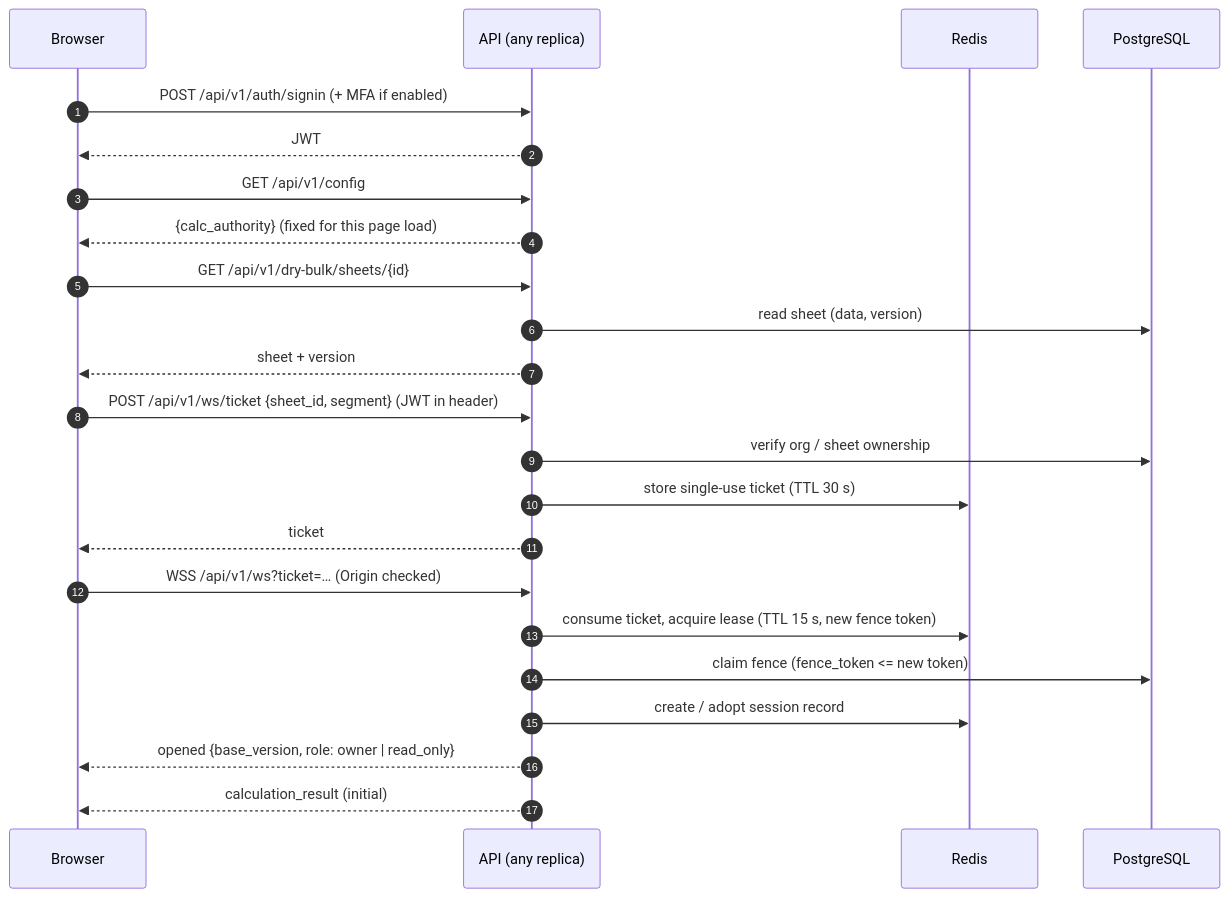
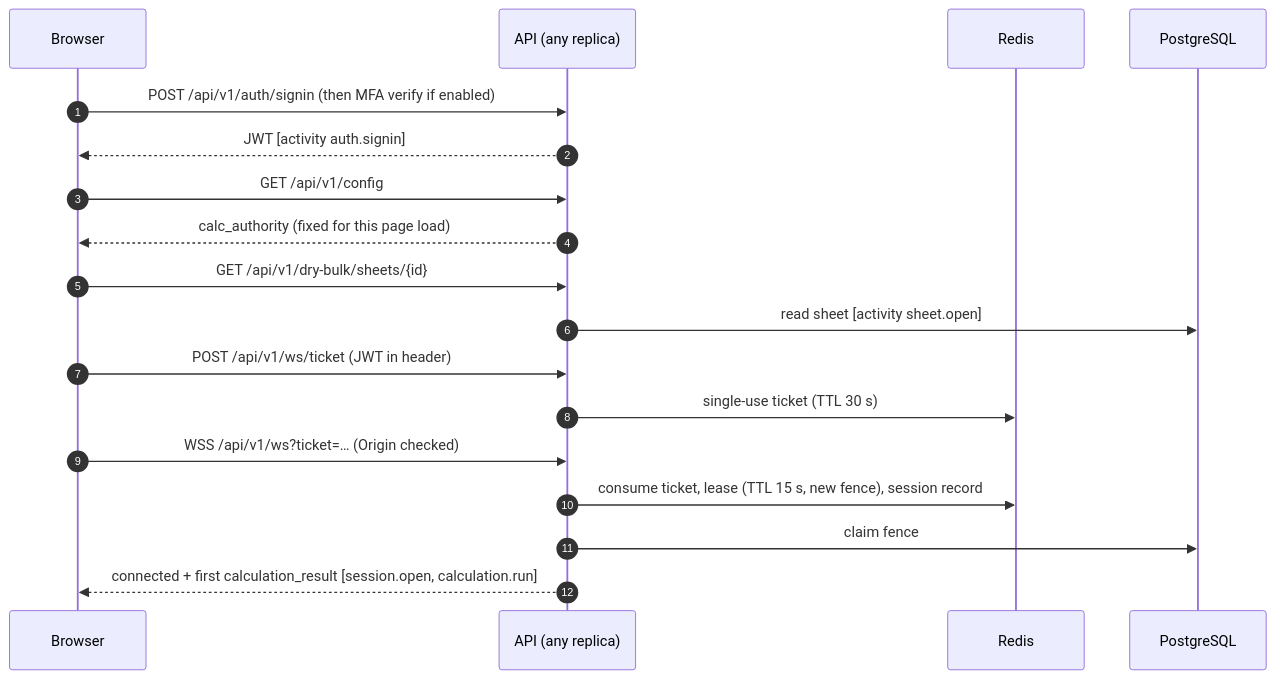
One commit to Animesh-na/NM-Deploy changed the fourth of 10 diagrams in ARCHITECTURE.md. Above: the diagram before and after it, drawn with Mermaid. The commit also changed other lines of this file and 15 other files, not shown here.

````diff
--- a/ARCHITECTURE.md
+++ b/ARCHITECTURE.md
@@ -137,25 +153,20 @@
 ```mermaid
 sequenceDiagram
   autonumber
   participant B as Browser
   participant API as API (any replica)
   participant R as Redis
   participant PG as PostgreSQL
-  B->>API: POST /api/v1/auth/signin (+ MFA if enabled)
-  API-->>B: JWT
+  B->>API: POST /api/v1/auth/signin (then MFA verify if enabled)
+  API-->>B: JWT  [activity auth.signin]
   B->>API: GET /api/v1/config
-  API-->>B: {calc_authority} (fixed for this page load)
+  API-->>B: calc_authority (fixed for this page load)
   B->>API: GET /api/v1/dry-bulk/sheets/{id}
-  API->>PG: read sheet (data, version)
-  API-->>B: sheet + version
-  B->>API: POST /api/v1/ws/ticket {sheet_id, segment} (JWT in header)
-  API->>PG: verify org / sheet ownership
-  API->>R: store single-use ticket (TTL 30 s)
-  API-->>B: ticket
+  API->>PG: read sheet  [activity sheet.open]
+  B->>API: POST /api/v1/ws/ticket (JWT in header)
+  API->>R: single-use ticket (TTL 30 s)
   B->>API: WSS /api/v1/ws?ticket=… (Origin checked)
-  API->>R: consume ticket, acquire lease (TTL 15 s, new fence token)
-  API->>PG: claim fence (fence_token <= new token)
-  API->>R: create / adopt session record
-  API-->>B: opened {base_version, role: owner | read_only}
-  API-->>B: calculation_result (initial)
+  API->>R: consume ticket, lease (TTL 15 s, new fence), session record
+  API->>PG: claim fence
+  API-->>B: connected + first calculation_result  [session.open, calculation.run]
 ```
````
